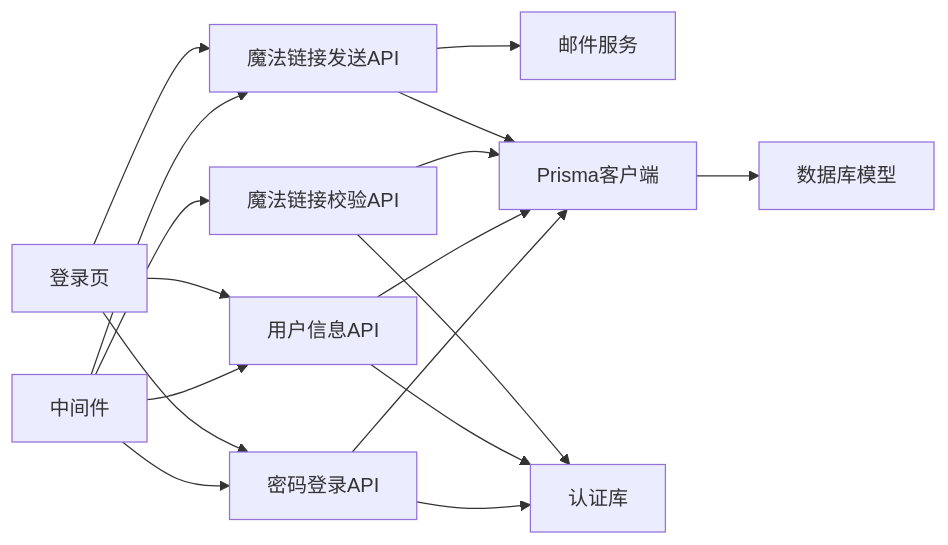
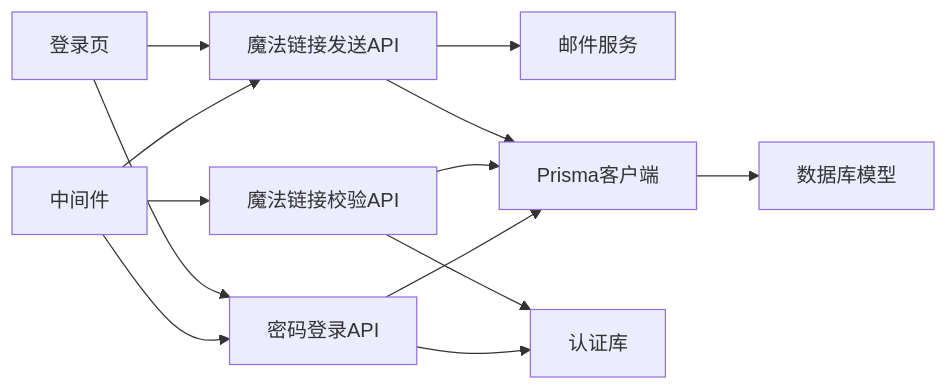
The seventh of 10 diagrams in .qoder/repowiki/zh/content/用户认证系统/登录页面调试功能.md (kangkang919/xinya), drawn with Mermaid before and after one commit. The commit also changed other lines of this file and 35 other files, not shown here.

````diff
--- a/.qoder/repowiki/zh/content/用户认证系统/登录页面调试功能.md
+++ b/.qoder/repowiki/zh/content/用户认证系统/登录页面调试功能.md
@@ -405,19 +375,15 @@
 ```mermaid
 graph LR
 Login["登录页"] --> LoginAPI["密码登录API"]
 Login --> MagicSend["魔法链接发送API"]
-Login --> MeAPI["用户信息API"]
 MagicSend --> Mailer["邮件服务"]
 MagicSend --> Prisma["Prisma客户端"]
 MagicVerify["魔法链接校验API"] --> AuthLib["认证库"]
 MagicVerify --> Prisma
-MeAPI --> AuthLib
-MeAPI --> Prisma
 LoginAPI --> AuthLib
 LoginAPI --> Prisma
 Middleware["中间件"] --> LoginAPI
 Middleware --> MagicSend
 Middleware --> MagicVerify
-Middleware --> MeAPI
 Prisma --> Schema["数据库模型"]
 ```
````
